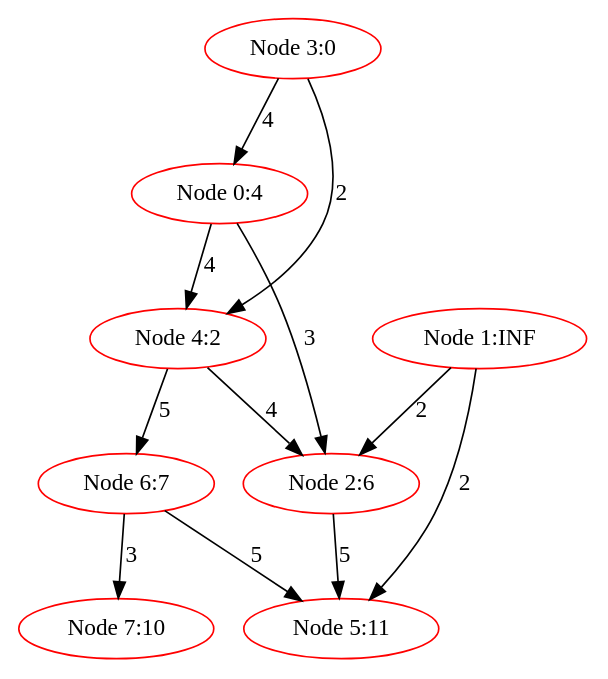
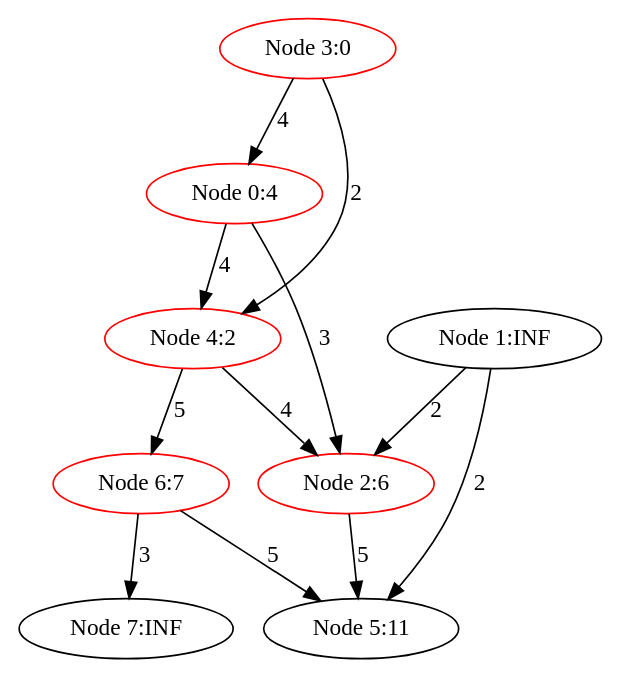
Before and after one commit to sheisc/COMP9024: the diagram in Graphs/Dijkstra/images/DijkstraDirected_0008.dot, drawn with Graphviz. The commit also changed 44 other files, not shown here.

Commit message:
Upate Graphs/Dijkstra

```diff
--- a/Graphs/Dijkstra/images/DijkstraDirected_0008.dot
+++ b/Graphs/Dijkstra/images/DijkstraDirected_0008.dot
@@ -1,21 +1,21 @@
 digraph DijkstraDirected {
 "Node 0:4" -> {"Node 2:6"} [label="3"]
 "Node 0:4" -> {"Node 4:2"} [label="4"]
 "Node 1:INF" -> {"Node 2:6"} [label="2"]
 "Node 1:INF" -> {"Node 5:11"} [label="2"]
 "Node 2:6" -> {"Node 5:11"} [label="5"]
 "Node 3:0" -> {"Node 0:4"} [label="4"]
 "Node 3:0" -> {"Node 4:2"} [label="2"]
 "Node 4:2" -> {"Node 2:6"} [label="4"]
 "Node 4:2" -> {"Node 6:7"} [label="5"]
 "Node 6:7" -> {"Node 5:11"} [label="5"]
-"Node 6:7" -> {"Node 7:10"} [label="3"]
+"Node 6:7" -> {"Node 7:INF"} [label="3"]
 "Node 0:4" [color=red]
-"Node 1:INF" [color=red]
+"Node 1:INF"
 "Node 2:6" [color=red]
 "Node 3:0" [color=red]
 "Node 4:2" [color=red]
-"Node 5:11" [color=red]
+"Node 5:11"
 "Node 6:7" [color=red]
-"Node 7:10" [color=red]
+"Node 7:INF"
 }
```
